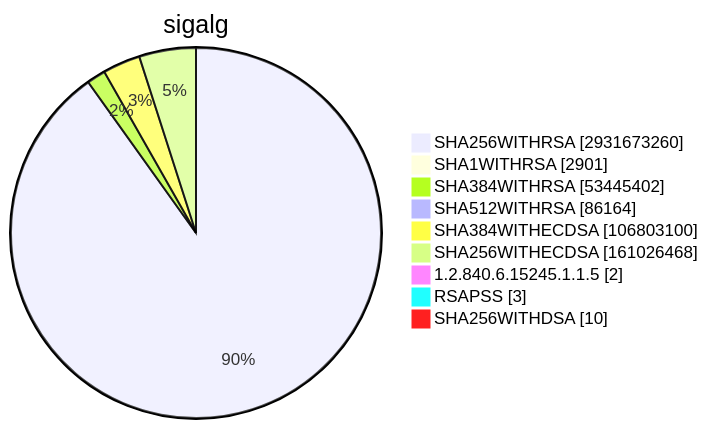
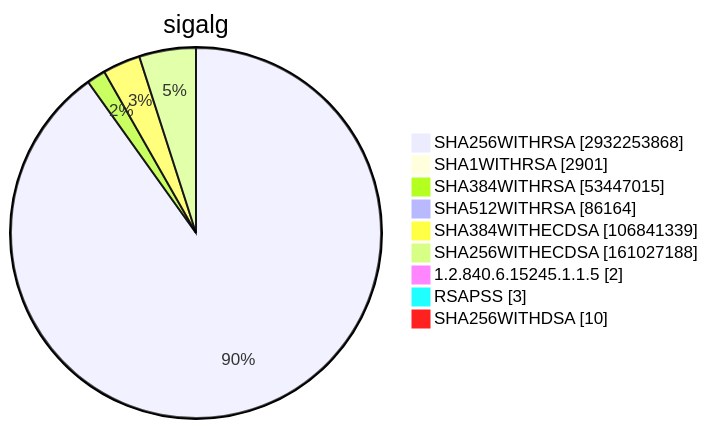
One commit to christiankrug/ctmonitor_visualization changed diagram 15 of 15 in TOTAL/README.md. Above: the diagram before and after it, drawn with Mermaid. The commit also changed other lines of this file, not shown here.

````diff
--- a/TOTAL/README.md
+++ b/TOTAL/README.md
@@ -6207,13 +6207,13 @@
 ```mermaid
 pie showData
 title sigalg
-"SHA256WITHRSA" :2931673260
+"SHA256WITHRSA" :2932253868
 "SHA1WITHRSA" :2901
-"SHA384WITHRSA" :53445402
+"SHA384WITHRSA" :53447015
 "SHA512WITHRSA" :86164
-"SHA384WITHECDSA" :106803100
-"SHA256WITHECDSA" :161026468
+"SHA384WITHECDSA" :106841339
+"SHA256WITHECDSA" :161027188
 "1.2.840.6.15245.1.1.5" :2
 "RSAPSS" :3
 "SHA256WITHDSA" :10
 ```
````
